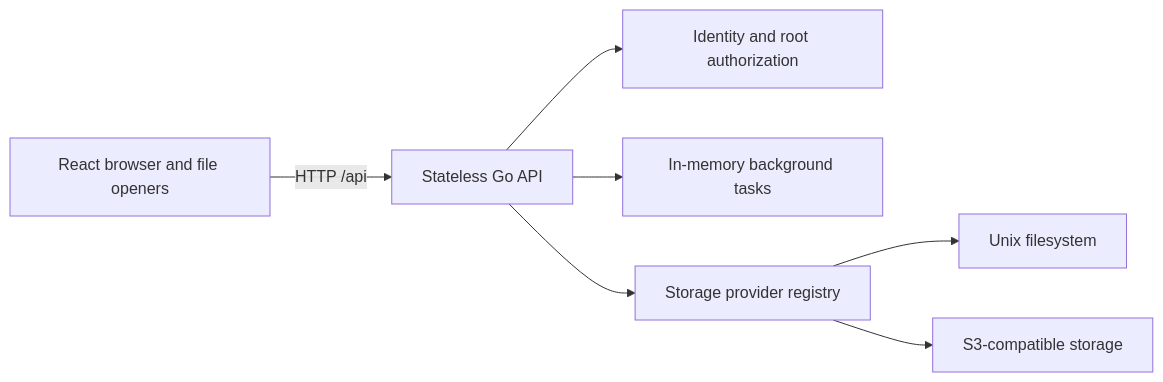
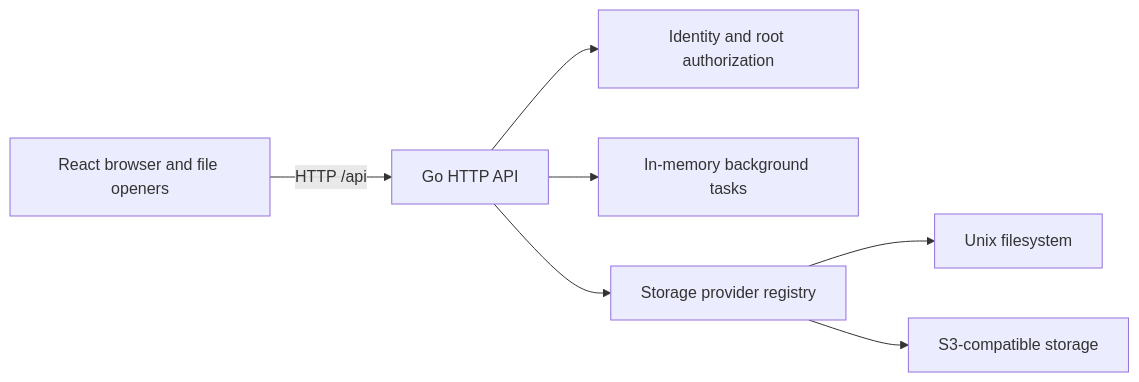
One commit to k3rnL/cagnard changed the first of 2 diagrams in docs/architecture/overview.md. Above: the diagram before and after it, drawn with Mermaid. The commit also changed other lines of this file and 155 other files, not shown here.

````diff
--- a/docs/architecture/overview.md
+++ b/docs/architecture/overview.md
@@ -5,9 +5,9 @@
 ```mermaid
 flowchart LR
-  Browser["React browser and file openers"] -->|"HTTP /api"| Backend["Stateless Go API"]
+  Browser["React browser and file openers"] -->|"HTTP /api"| Backend["Go HTTP API"]
   Backend --> Auth["Identity and root authorization"]
   Backend --> Tasks["In-memory background tasks"]
   Backend --> Registry["Storage provider registry"]
   Registry --> FS["Unix filesystem"]
   Registry --> S3["S3-compatible storage"]
 ```
````
